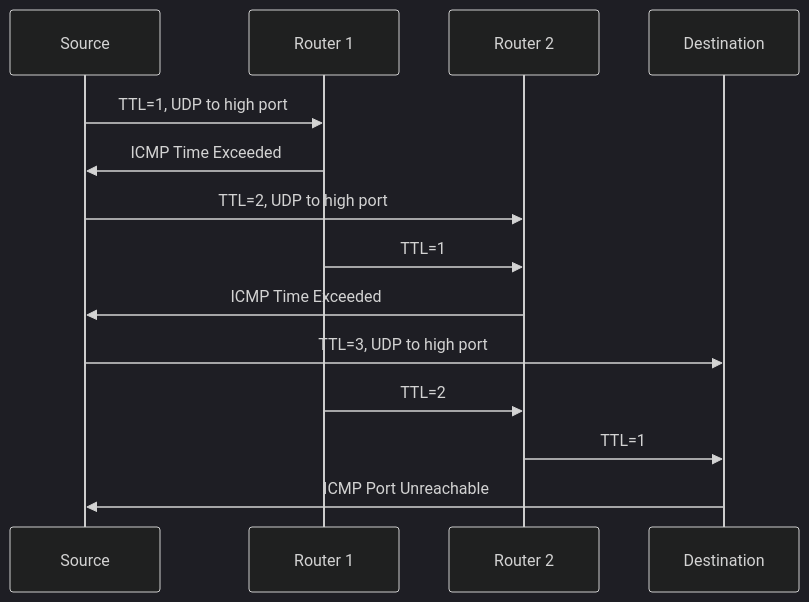
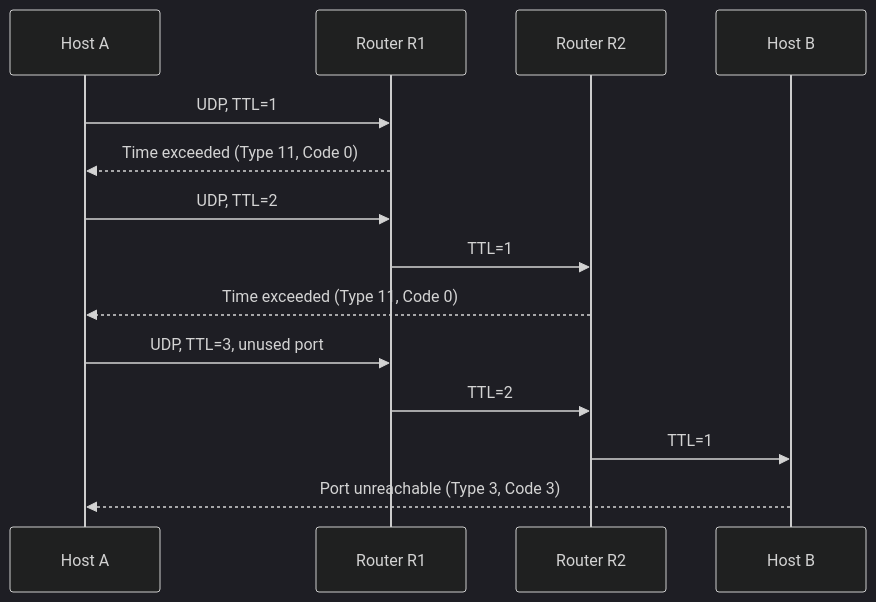
Before and after one commit to Choroning/25Spring_Computer-Networks: the fourth of 6 diagrams in Lecture-Notes/Ch16_ICMPv4-and-IGMP/Concepts_Lecture.md, drawn with Mermaid (dark theme). The commit also changed other lines of this file and 11 other files, not shown here.

````diff
--- a/Lecture-Notes/Ch16_ICMPv4-and-IGMP/Concepts_Lecture.md
+++ b/Lecture-Notes/Ch16_ICMPv4-and-IGMP/Concepts_Lecture.md
@@ -301,17 +617,16 @@
 ```mermaid
 sequenceDiagram
-    participant S as Source
-    participant R1 as Router 1
-    participant R2 as Router 2
-    participant D as Destination
-
-    S->>R1: TTL=1, UDP to high port
-    R1->>S: ICMP Time Exceeded
-    S->>R2: TTL=2, UDP to high port
+    participant A as Host A
+    participant R1 as Router R1
+    participant R2 as Router R2
+    participant B as Host B
+    A->>R1: UDP, TTL=1
+    R1-->>A: Time exceeded (Type 11, Code 0)
+    A->>R1: UDP, TTL=2
     R1->>R2: TTL=1
-    R2->>S: ICMP Time Exceeded
-    S->>D: TTL=3, UDP to high port
+    R2-->>A: Time exceeded (Type 11, Code 0)
+    A->>R1: UDP, TTL=3, unused port
     R1->>R2: TTL=2
-    R2->>D: TTL=1
-    D->>S: ICMP Port Unreachable
+    R2->>B: TTL=1
+    B-->>A: Port unreachable (Type 3, Code 3)
 ```
````
